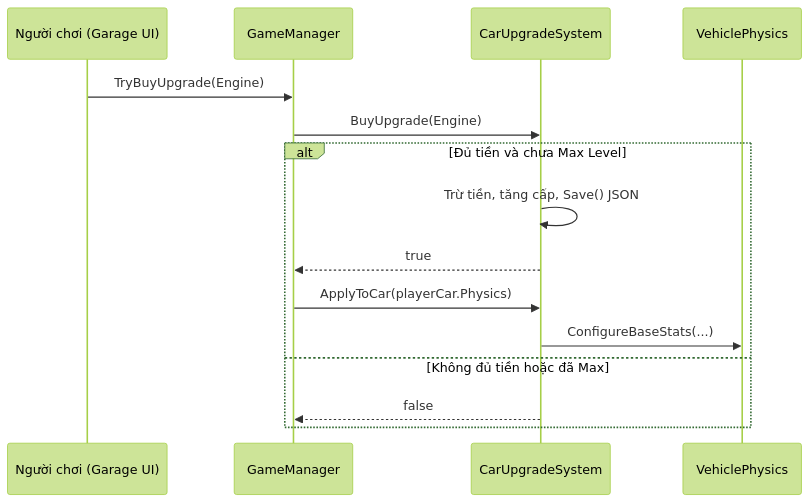
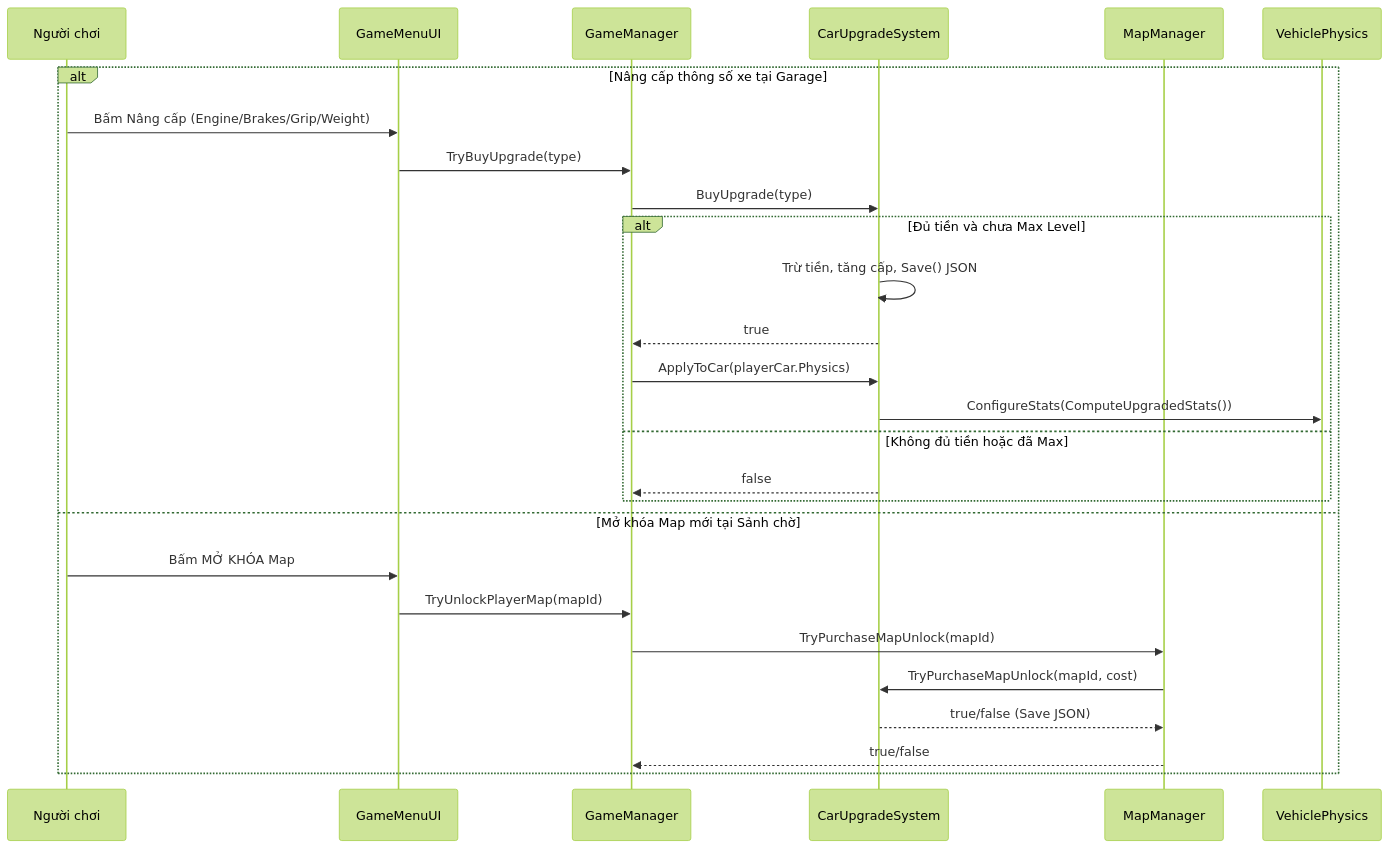
The fourth of 8 diagrams in Docs/BAO_CAO_KIEN_TRUC_OOP.md (tuongduongd/racing_2d), drawn with Mermaid (forest theme) before and after one commit. The commit also changed other lines of this file and 7 other files, not shown here.

Commit message:
docs: update architecture report, bug log, tests, and checklist

````diff
--- a/Docs/BAO_CAO_KIEN_TRUC_OOP.md
+++ b/Docs/BAO_CAO_KIEN_TRUC_OOP.md
@@ -157,18 +436,30 @@
 ```mermaid
 sequenceDiagram
-    participant Player as Người chơi (Garage UI)
+    participant Player as Người chơi
+    participant UI as GameMenuUI
     participant GM as GameManager
     participant Upg as CarUpgradeSystem
+    participant Map as MapManager
     participant Phys as VehiclePhysics
 
-    Player->>GM: TryBuyUpgrade(Engine)
-    GM->>Upg: BuyUpgrade(Engine)
-    alt Đủ tiền và chưa Max Level
-        Upg->>Upg: Trừ tiền, tăng cấp, Save() JSON
-        Upg-->>GM: true
-        GM->>Upg: ApplyToCar(playerCar.Physics)
-        Upg->>Phys: ConfigureBaseStats(...)
-    else Không đủ tiền hoặc đã Max
-        Upg-->>GM: false
+    alt Nâng cấp thông số xe tại Garage
+        Player->>UI: Bấm Nâng cấp (Engine/Brakes/Grip/Weight)
+        UI->>GM: TryBuyUpgrade(type)
+        GM->>Upg: BuyUpgrade(type)
+        alt Đủ tiền và chưa Max Level
+            Upg->>Upg: Trừ tiền, tăng cấp, Save() JSON
+            Upg-->>GM: true
+            GM->>Upg: ApplyToCar(playerCar.Physics)
+            Upg->>Phys: ConfigureStats(ComputeUpgradedStats())
+        else Không đủ tiền hoặc đã Max
+            Upg-->>GM: false
+        end
+    else Mở khóa Map mới tại Sảnh chờ
+        Player->>UI: Bấm MỞ KHÓA Map
+        UI->>GM: TryUnlockPlayerMap(mapId)
+        GM->>Map: TryPurchaseMapUnlock(mapId)
+        Map->>Upg: TryPurchaseMapUnlock(mapId, cost)
+        Upg-->>Map: true/false (Save JSON)
+        Map-->>GM: true/false
     end
 ```
````
